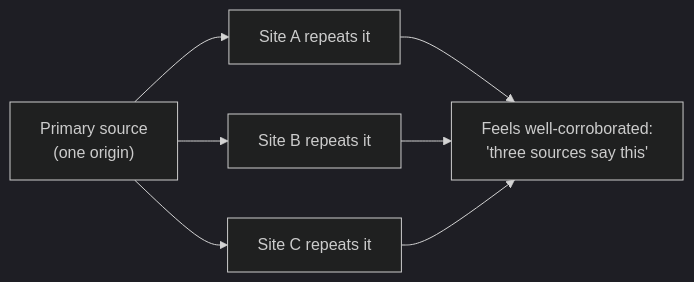
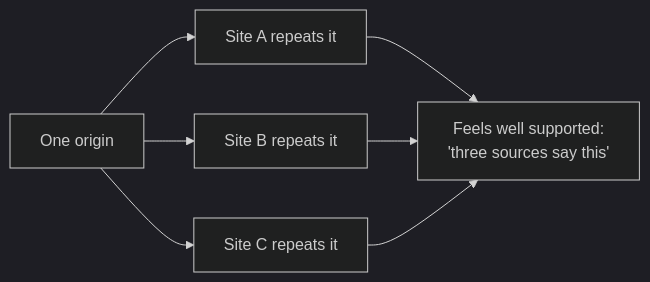
The second of 3 diagrams in src/content/learning-craft/source-evaluation/L2-concept.mdx (francoandreDev/knowledge), drawn with Mermaid (dark theme) before and after one commit. The commit also changed other lines of this file and 3 other files, not shown here.

Commit message:
Migrate learning-craft/source-evaluation to the three-tier exercise model

````diff
--- a/src/content/learning-craft/source-evaluation/L2-concept.mdx
+++ b/src/content/learning-craft/source-evaluation/L2-concept.mdx
@@ -59,9 +39,9 @@
 ```mermaid
 flowchart LR
-    Primary["Primary source\n(one origin)"] --> A["Site A repeats it"]
+    Primary["One origin"] --> A["Site A repeats it"]
     Primary --> B["Site B repeats it"]
     Primary --> C["Site C repeats it"]
-    A --> Feel["Feels well-corroborated:\n'three sources say this'"]
+    A --> Feel["Feels well supported:\n'three sources say this'"]
     B --> Feel
     C --> Feel
 ```
````
